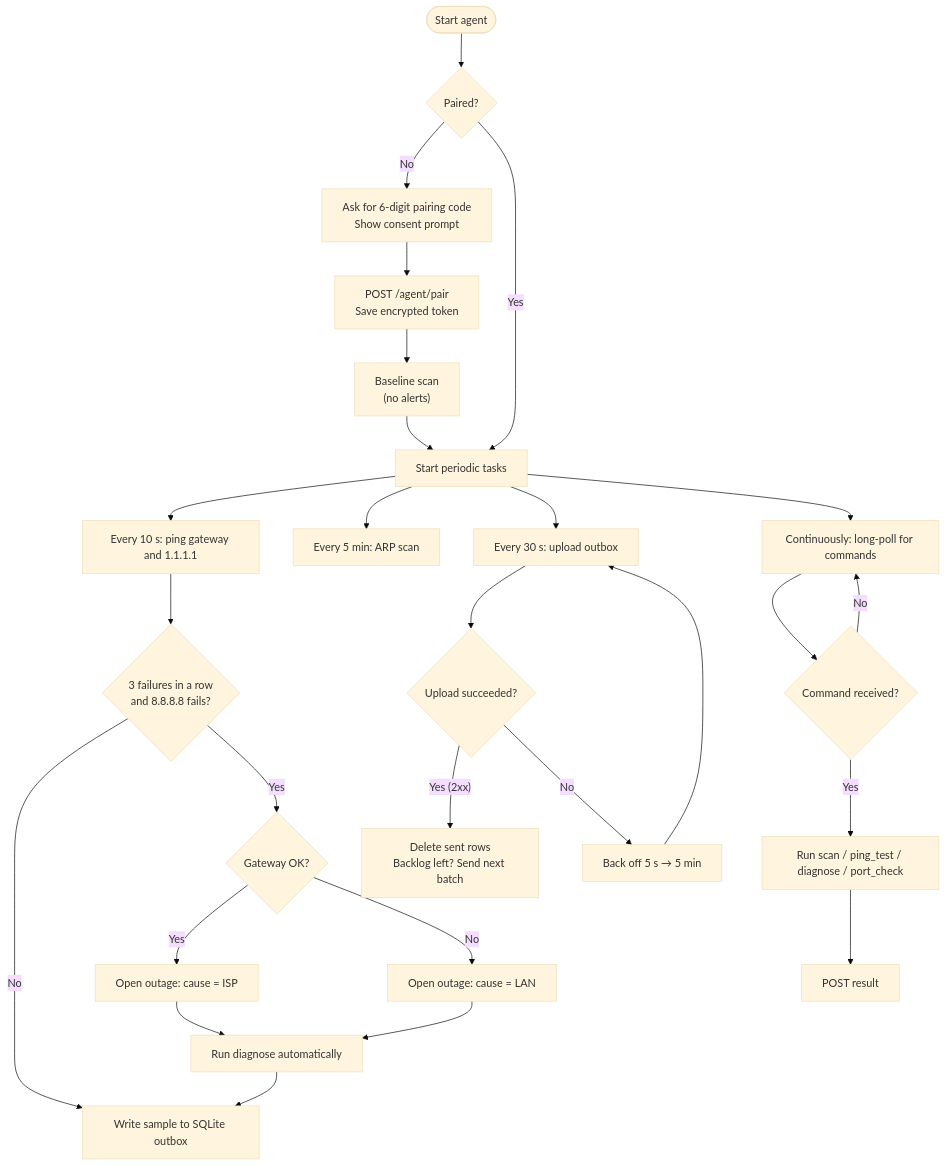
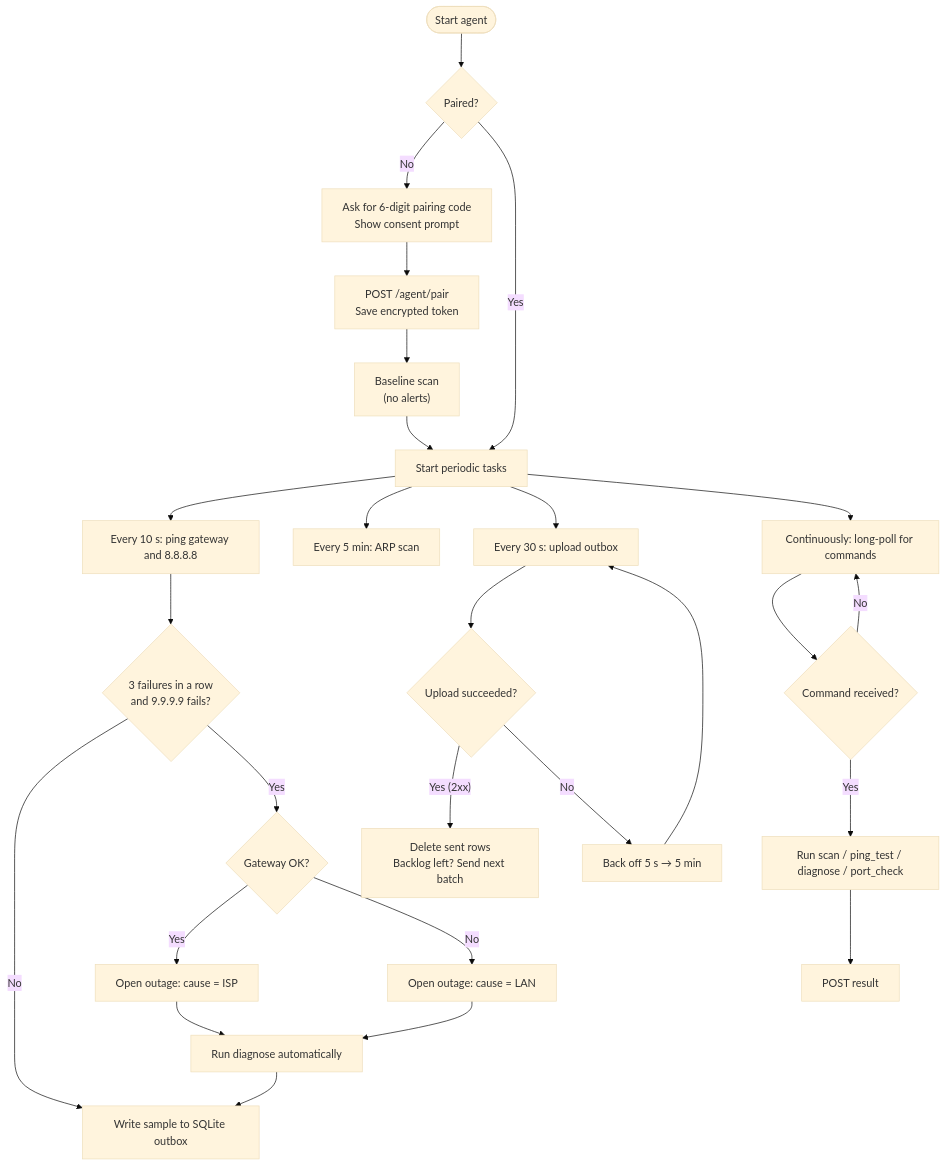
Before and after one commit to KirkGamo/kinlan: the third of 6 diagrams in docs/diagrams/chapter2_diagrams.md, drawn with Mermaid (base theme). The commit also changed other lines of this file and 10 other files, not shown here.

````diff
--- a/docs/diagrams/chapter2_diagrams.md
+++ b/docs/diagrams/chapter2_diagrams.md
@@ -92,28 +92,28 @@
 ```mermaid
 flowchart TD
     S([Start agent]) --> C{Paired?}
     C -- No --> P["Ask for 6-digit pairing code<br/>Show consent prompt"] --> PR["POST /agent/pair<br/>Save encrypted token"] --> B["Baseline scan<br/>(no alerts)"] --> L
     C -- Yes --> L["Start periodic tasks"]
 
-    L --> M["Every 10 s: ping gateway and 1.1.1.1"]
+    L --> M["Every 10 s: ping gateway and 8.8.8.8"]
     L --> SC["Every 5 min: ARP scan"]
     L --> U["Every 30 s: upload outbox"]
     L --> CP["Continuously: long-poll for commands"]
 
-    M --> F{3 failures in a row<br/>and 8.8.8.8 fails?}
+    M --> F{3 failures in a row<br/>and 9.9.9.9 fails?}
     F -- No --> W1["Write sample to SQLite outbox"]
     F -- Yes --> G{Gateway OK?}
     G -- Yes --> O1["Open outage: cause = ISP"]
     G -- No --> O2["Open outage: cause = LAN"]
     O1 --> DG["Run diagnose automatically"]
     O2 --> DG
     DG --> W1
 
     U --> R{Upload succeeded?}
     R -- "Yes (2xx)" --> DEL["Delete sent rows<br/>Backlog left? Send next batch"]
     R -- No --> BO["Back off 5 s → 5 min"] --> U
 
     CP --> CMD{Command received?}
     CMD -- Yes --> EX["Run scan / ping_test / diagnose / port_check"] --> RES["POST result"]
     CMD -- No --> CP
 ```
````
